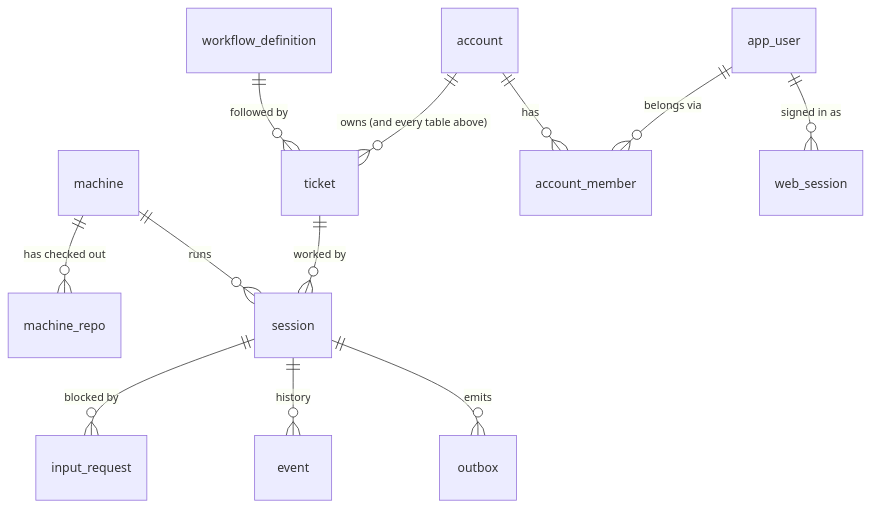
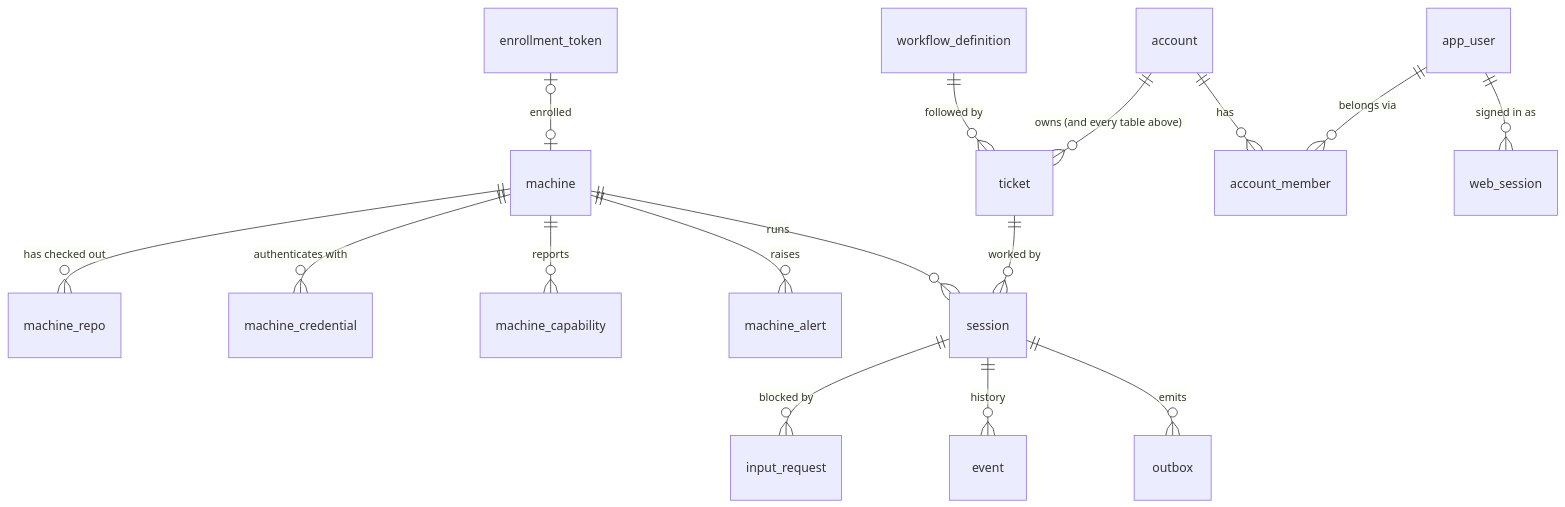
Before and after one commit to benjgrad/conductor: the diagram in docs/design/02-data-model.md, drawn with Mermaid. The commit also changed other lines of this file and 13 other files, not shown here.

First line of the commit message:
feat(orchestrator): machine credentials, enrollment, WS upgrade auth, revoke (M2-T09)

````diff
--- a/docs/design/02-data-model.md
+++ b/docs/design/02-data-model.md
@@ -5,14 +5,18 @@
 ```mermaid
 erDiagram
   machine ||--o{ machine_repo : "has checked out"
+  machine ||--o{ machine_credential : "authenticates with"
+  machine ||--o{ machine_capability : "reports"
+  machine ||--o{ machine_alert : "raises"
+  enrollment_token |o--o| machine : "enrolled"
   machine ||--o{ session : "runs"
   ticket ||--o{ session : "worked by"
   workflow_definition ||--o{ ticket : "followed by"
   session ||--o{ input_request : "blocked by"
   session ||--o{ event : "history"
   session ||--o{ outbox : "emits"
   account ||--o{ ticket : "owns (and every table above)"
   account ||--o{ account_member : "has"
   app_user ||--o{ account_member : "belongs via"
   app_user ||--o{ web_session : "signed in as"
 ```
````
